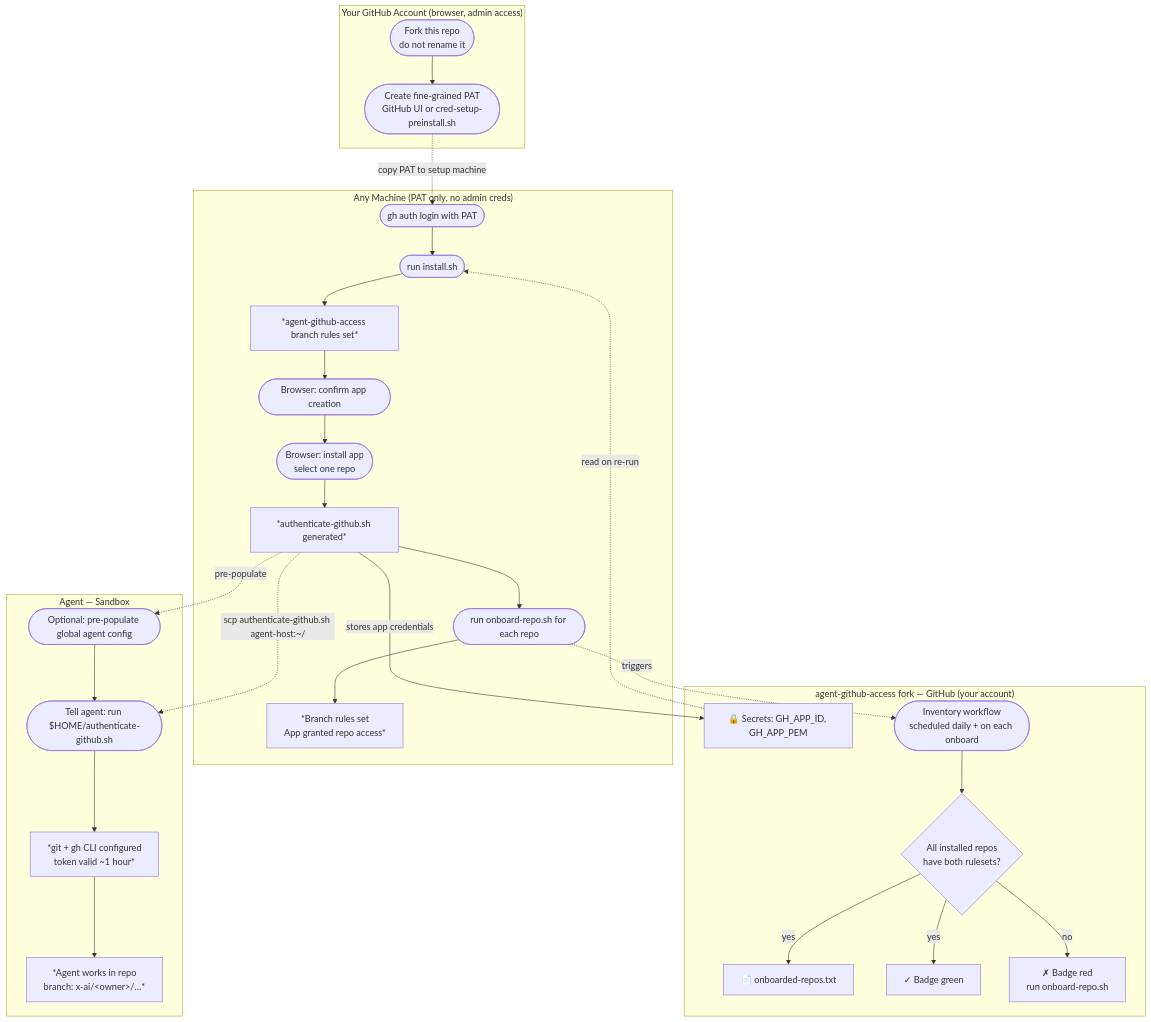
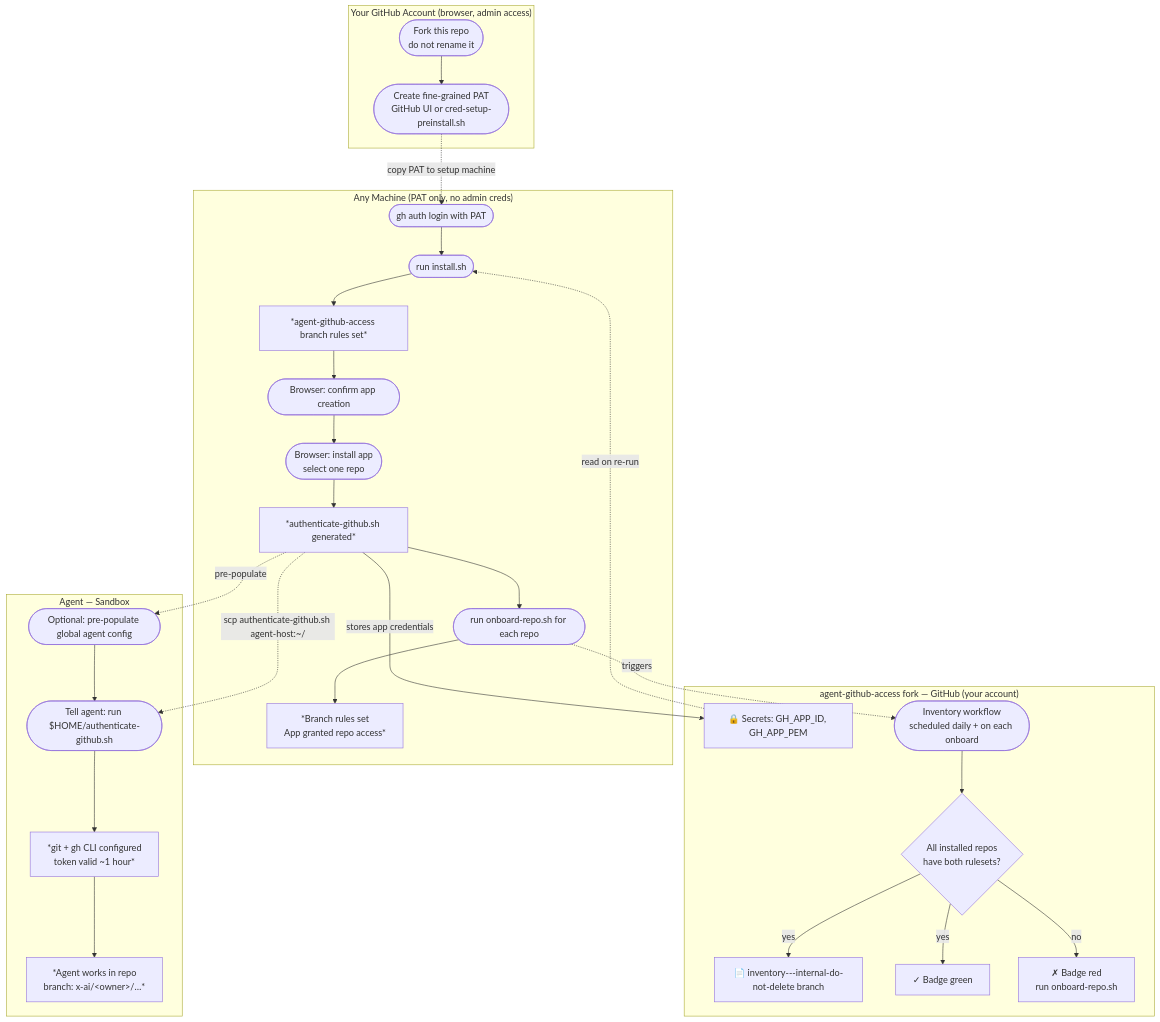
The diagram in README.md (ardentperf/stewart-copeland-ai-police), drawn with Mermaid before and after one commit. The commit also changed other lines of this file and 3 other files, not shown here.

First line of the commit message:
feat: store inventory on agent branch via Git Data API

````diff
--- a/README.md
+++ b/README.md
@@ -21,50 +21,50 @@
 ```mermaid
 flowchart TD
     subgraph admin["Your GitHub Account (browser, admin access)"]
         F(["Fork this repo
 do not rename it"]) --> P
         P(["Create fine-grained PAT
 GitHub UI or cred-setup-preinstall.sh"])
     end
 
     subgraph fork["agent-github-access fork — GitHub (your account)"]
         SEC["🔒 Secrets: GH_APP_ID, GH_APP_PEM"]
-        INV["📄 onboarded-repos.txt"]
+        INV["📄 inventory---internal-do-not-delete branch"]
         AU(["Inventory workflow
 scheduled daily + on each onboard"])
         AU --> AUC{"All installed repos
 have both rulesets?"}
         AUC -->|"yes"| AUP["✓ Badge green"]
         AUC -->|"no"| AUF["✗ Badge red
 run onboard-repo.sh"]
         AUC -->|"yes"| INV
     end
 
     subgraph setup["Any Machine (PAT only, no admin creds)"]
         A(["gh auth login with PAT"]) --> B(["run install.sh"])
         B --> BF["*agent-github-access branch rules set*"]
         BF --> C(["Browser: confirm app creation"])
         C --> D(["Browser: install app
 select one repo"])
         D --> E["*authenticate-github.sh generated*"]
         E --> R(["run onboard-repo.sh for each repo"])
         R --> H["*Branch rules set
 App granted repo access*"]
     end
 
     subgraph agent["Agent — Sandbox"]
         G(["Optional: pre-populate global agent config"])
         G --> I(["Tell agent: run $HOME/authenticate-github.sh"])
         I --> J["*git + gh CLI configured
 token valid ~1 hour*"]
         J --> K["*Agent works in repo
 branch: x-ai/&lt;owner&gt;/…*"]
     end
 
     P -.->|"copy PAT to setup machine"| A
     E -->|"stores app credentials"| SEC
     SEC -.->|"read on re-run"| B
     E -.->|"scp authenticate-github.sh agent-host:~/"| I
     E -.->|"pre-populate"| G
     R -.->|"triggers"| AU
 ```
````
